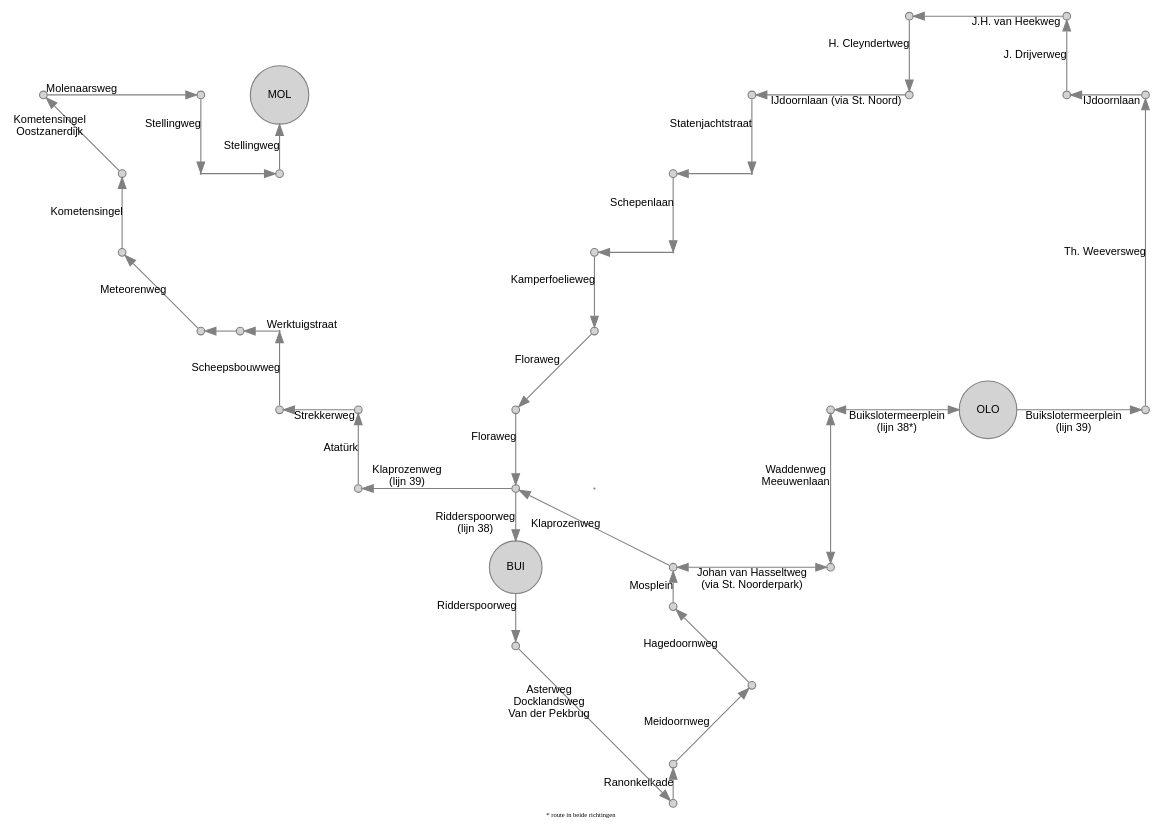
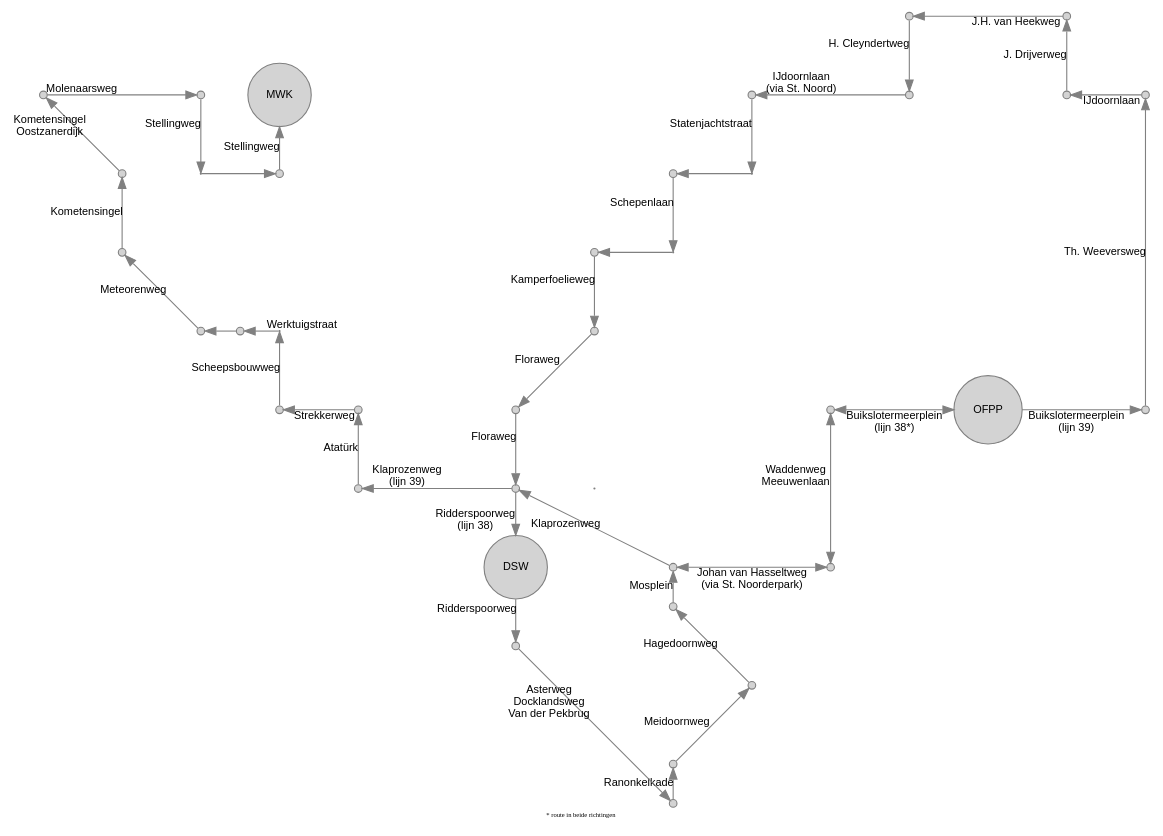
Before and after one commit to JacekPardyak/bus: the diagram in gvb/OLO.gv, drawn with Graphviz. The commit also changed 32 other files, not shown here.

```diff
--- a/gvb/OLO.gv
+++ b/gvb/OLO.gv
@@ -1,111 +1,112 @@
 digraph G {
   layout = neato
   node [shape = circle, style = filled, fillcolor = lightgray, color=gray, height=0.1, label = "", fontsize = 10, fontname = "Arial"]
   edge [color=gray, fontsize = 10, fontname = "Arial"]
 
-  3901 [pos = " 3,-1!", label = "OLO"]
+  3901 [pos = " 3,-1!", label = "OFPP"]
   3902 [pos = " 5,-1!"]
   3903 [pos = " 5, 3!"]
   3904 [pos = " 4, 3!"]
   3905 [pos = "-6.5, 0!"]
 
   3906 [pos = "-2,-2!", height=0.01]
   3907 [pos = "-3,-2!"]
   3908 [pos = "-5,-2!"]
   3909 [pos = "-5,-1!"]
   3910 [pos = "-6,-1!"]
   3911 [pos = "-6, 0!", height=0.01]
   3912 [pos = "-7, 0!"]
   3913 [pos = "-8, 1!"]
   3914 [pos = "-8, 2!"]
   3915 [pos = "-9, 3!"]
   3916 [pos = "-7, 3!"]
   3917 [pos = "-7, 2!", height=0.01]
   3918 [pos = "-6, 2!"]
-  3919 [pos = "-6, 3!", label = "MOL"]
+  3919 [pos = "-6, 3!", label = "MWK"]
   3920 [pos = " 4, 4!"]
   3921 [pos = " 2, 4!"]
   3922 [pos = " 2, 3!"]
   3923 [pos = " 0, 3!"]
   3924 [pos = " 0, 2!", height=0.01]
   3925 [pos = "-1, 2!"]
   3926 [pos = "-1, 1!", height=0.01]
   3927 [pos = "-2, 1!"]
   3928 [pos = "-2, 0!"]
   
   3801 [pos = " 1,-3!"]
   3802 [pos = "-1,-3.5!"]
   3803 [pos = "-1,-3!"]
-  3804 [pos = "-3,-3!", label = "BUI"]
+  3804 [pos = "-3,-3!", label = "DSW"]
   
   3805 [pos = " 1,-1!"]
   3806 [pos = " 0,-4.5!"]
   3807 [pos = "-1,-5.5!"]
   3808 [pos = "-1,-6!"]
   3809 [pos = "-3,-4!"]
   3810 [pos = "-3,-1!"]
 
 
   3802 -> 3803 [label = "Mosplein"]
 
   3801 -> 3803 [dir = "both", label = "Johan van Hasseltweg 
  (via St. Noorderpark)"]
   3803 -> 3907 [label = "Klaprozenweg"]
   3907 -> 3804 [label = "Ridderspoorweg 
  (lijn 38)"]
   3804 -> 3809 [label = "Ridderspoorweg"]
   
   3809 -> 3808 [label = "Asterweg 
  Docklandsweg 
  Van der Pekbrug"]
 
   3902 -> 3903 [label = "Th. Weeversweg"]
   3903 -> 3904 [label = "IJdoornlaan"]
   3904 -> 3920 [label = "J. Drijverweg"]
   3920 -> 3921 [label = "J.H. van Heekweg"]
   3921 -> 3922 [label = "H. Cleyndertweg"]  
-  3922 -> 3923 [label = "IJdoornlaan (via St. Noord)"]
+  3922 -> 3923 [label = "IJdoornlaan
+(via St. Noord)"]
   
   3805 -> 3801 [dir = "both", label = "Waddenweg 
  Meeuwenlaan"]
   3923 -> 3924 [label = "Statenjachtstraat"]
   3924 -> 3925 [label = ""]
   
   3925 -> 3926 [label = "Schepenlaan"]
   3926 -> 3927 [label = ""]  
   
   3927 -> 3928 [label = "Kamperfoelieweg"]
   3928 -> 3810 [label = "Floraweg"]  
   
   3907 -> 3908 [label = "Klaprozenweg 
  (lijn 39)"]
   3908 -> 3909 [label = "Atatürk"]
   3909 -> 3910 [label = "Strekkerweg"]
   3910 -> 3911 [label = "Scheepsbouwweg"]
   3911 -> 3905 [label = "Werktuigstraat"]
   3905 -> 3912 [label = ""]
   3912 -> 3913 [label = "Meteorenweg"]
   3913 -> 3914 [label = "Kometensingel"]
   3914 -> 3915 [label = "Kometensingel 
  Oostzanerdijk"]
   3915 -> 3916 [label = "Molenaarsweg"]
   3916 -> 3917 [label = "Stellingweg"]
   3917 -> 3918 [label = ""]
   3918 -> 3919 [label = "Stellingweg"]
   
   3901 -> 3805 [dir = "both", label = "Buikslotermeerplein 
  (lijn 38*)"]
   3901 -> 3902 [label = "Buikslotermeerplein
 (lijn 39)"]
 
   3806 -> 3802 [label = "Hagedoornweg"]
   3807 -> 3806 [label = "Meidoornweg"]
   3808 -> 3807 [label = "Ranonkelkade"]
 
   3810 -> 3907 [label = "Floraweg"]
 
   labelloc="b"
   label="* route in beide richtingen"
   fontsize=6
 
 }
```
